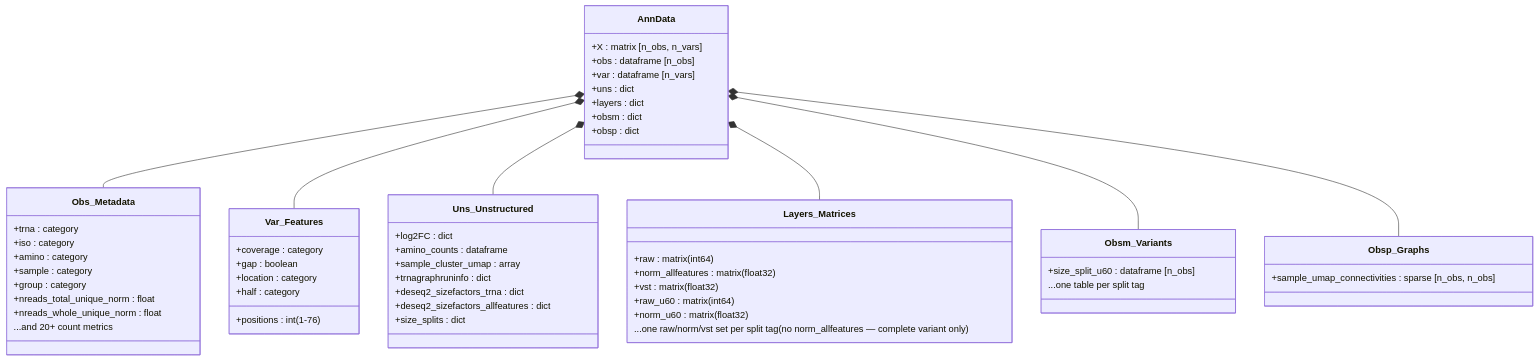
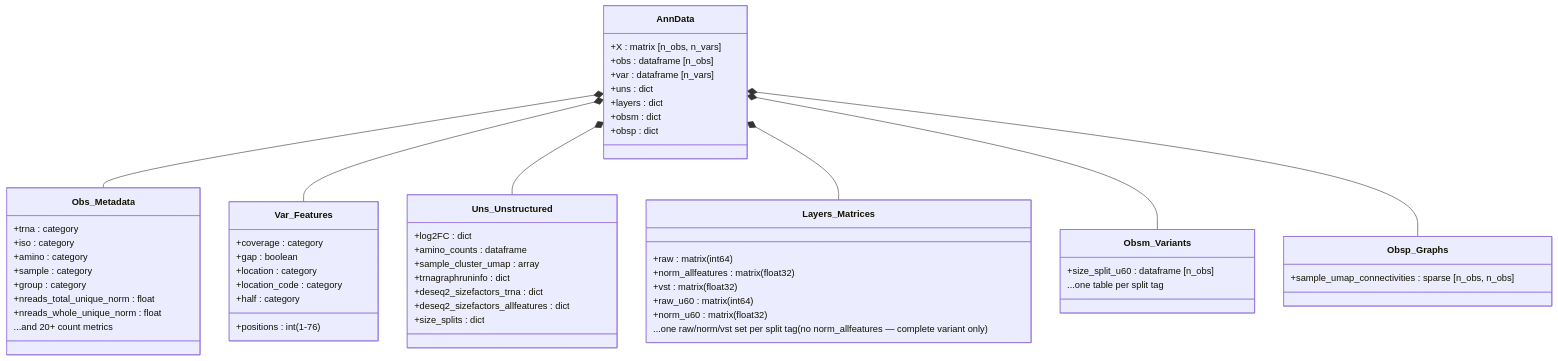
One commit to alba1735/tRNAgraph changed the diagram in docs/data_structure.md. Above: the diagram before and after it, drawn with Mermaid. The commit also changed other lines of this file and 4 other files, not shown here.

````diff
--- a/docs/data_structure.md
+++ b/docs/data_structure.md
@@ -12,66 +12,67 @@
 ```mermaid
 classDiagram
     class AnnData {
         +X : matrix [n_obs, n_vars]
         +obs : dataframe [n_obs]
         +var : dataframe [n_vars]
         +uns : dict
         +layers : dict
         +obsm : dict
         +obsp : dict
     }
 
     class Obs_Metadata {
         +trna : category
         +iso : category
         +amino : category
         +sample : category
         +group : category
         +nreads_total_unique_norm : float
         +nreads_whole_unique_norm : float
         ...and 20+ count metrics
     }
 
     class Var_Features {
         +positions : int (1-76)
         +coverage : category
         +gap : boolean
         +location : category
+        +location_code : category
         +half : category
     }
 
     class Uns_Unstructured {
         +log2FC : dict<group, df>
         +amino_counts : dataframe
         +sample_cluster_umap : array
         +trnagraphruninfo : dict
         +deseq2_sizefactors_trna : dict
         +deseq2_sizefactors_allfeatures : dict
         +size_splits : dict<tag, dict>
     }
 
     class Layers_Matrices {
         +raw : matrix (int64)
         +norm_allfeatures : matrix (float32)
         +vst : matrix (float32)
         +raw_u60 : matrix (int64)
         +norm_u60 : matrix (float32)
         ...one raw/norm/vst set per split tag (no norm_allfeatures — complete variant only)
     }
 
     class Obsm_Variants {
         +size_split_u60 : dataframe [n_obs]
         ...one table per split tag
     }
 
     class Obsp_Graphs {
         +sample_umap_connectivities : sparse [n_obs, n_obs]
     }
 
     AnnData *-- Obs_Metadata
     AnnData *-- Var_Features
     AnnData *-- Uns_Unstructured
     AnnData *-- Layers_Matrices
     AnnData *-- Obsm_Variants
     AnnData *-- Obsp_Graphs
 ```
````
